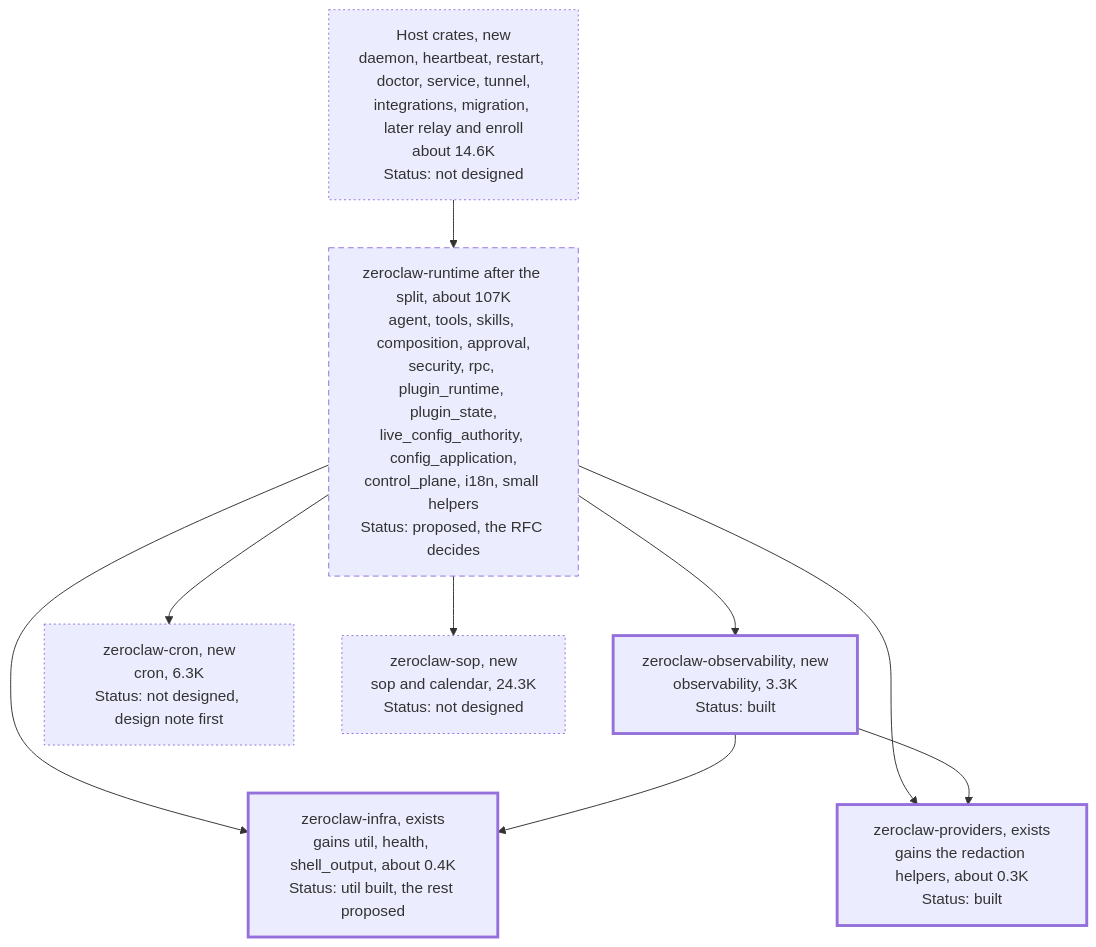
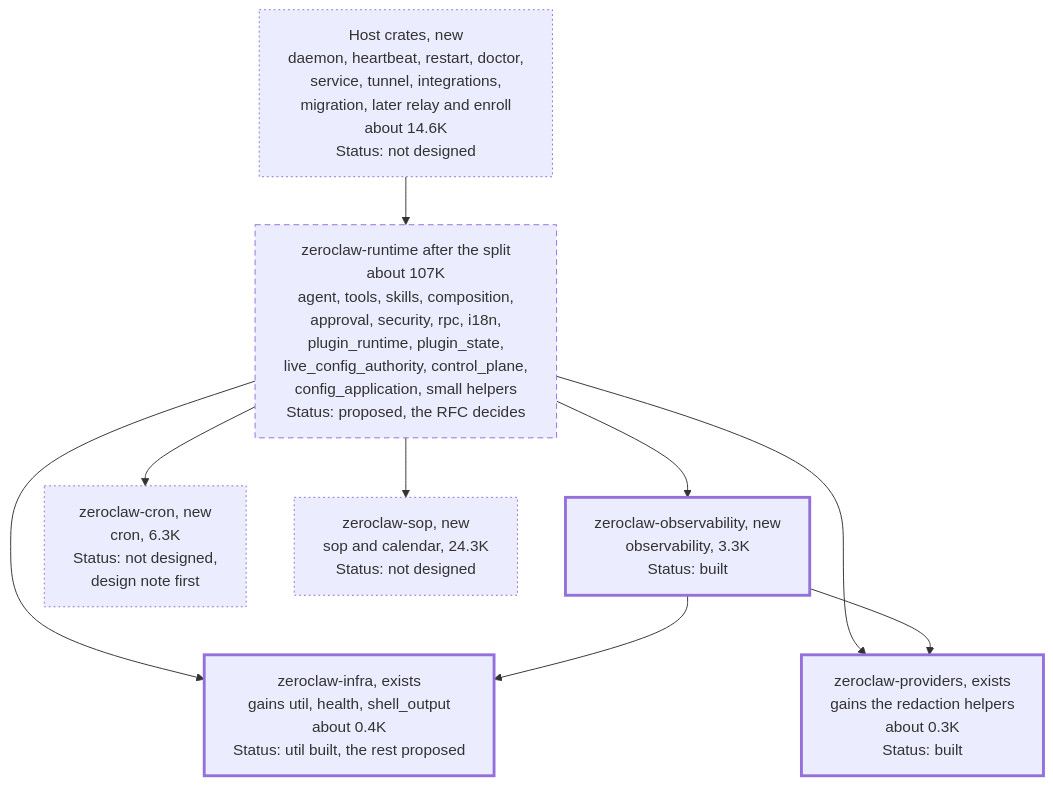
Before and after one commit to JordanTheJet/zeroclaw: the second of 2 diagrams in docs/maintainers/runtime-crate-split/README.md, drawn with Mermaid.

Commit message:
docs(maintainers): widen the proposed-layout diagram labels

````diff
--- a/docs/maintainers/runtime-crate-split/README.md
+++ b/docs/maintainers/runtime-crate-split/README.md
@@ -84,24 +84,25 @@
 ```mermaid
+%%{init: {"flowchart": {"wrappingWidth": 420}}}%%
 flowchart TB
-  hostcr["Host crates, new<br/>daemon, heartbeat, restart, doctor, service, tunnel,<br/>integrations, migration, later relay and enroll<br/>about 14.6K<br/>Status: not designed"]
-  rt["zeroclaw-runtime after the split, about 107K<br/>agent, tools, skills, composition, approval,<br/>security, rpc, plugin_runtime, plugin_state,<br/>live_config_authority, config_application,<br/>control_plane, i18n, small helpers<br/>Status: proposed, the RFC decides"]
+  hostcr["Host crates, new<br/>daemon, heartbeat, restart, doctor,<br/>service, tunnel, integrations,<br/>migration, later relay and enroll<br/>about 14.6K<br/>Status: not designed"]
+  rt["zeroclaw-runtime after the split<br/>about 107K<br/>agent, tools, skills, composition,<br/>approval, security, rpc, i18n,<br/>plugin_runtime, plugin_state,<br/>live_config_authority, control_plane,<br/>config_application, small helpers<br/>Status: proposed, the RFC decides"]
   obsc["zeroclaw-observability, new<br/>observability, 3.3K<br/>Status: built"]
-  cronc["zeroclaw-cron, new<br/>cron, 6.3K<br/>Status: not designed, design note first"]
+  cronc["zeroclaw-cron, new<br/>cron, 6.3K<br/>Status: not designed,<br/>design note first"]
   sopc["zeroclaw-sop, new<br/>sop and calendar, 24.3K<br/>Status: not designed"]
-  infra["zeroclaw-infra, exists<br/>gains util, health, shell_output, about 0.4K<br/>Status: util built, the rest proposed"]
-  prov["zeroclaw-providers, exists<br/>gains the redaction helpers, about 0.3K<br/>Status: built"]
+  infra["zeroclaw-infra, exists<br/>gains util, health, shell_output<br/>about 0.4K<br/>Status: util built, the rest proposed"]
+  prov["zeroclaw-providers, exists<br/>gains the redaction helpers<br/>about 0.3K<br/>Status: built"]
   hostcr --> rt
   rt --> obsc
   rt --> cronc
   rt --> sopc
   rt --> infra
   rt --> prov
   obsc --> infra
   obsc --> prov
   classDef built stroke-width:3px;
   classDef proposed stroke-dasharray:6 4;
   classDef undesigned stroke-dasharray:2 3;
   class obsc,infra,prov built;
   class rt proposed;
   class hostcr,cronc,sopc undesigned;
 ```
````
